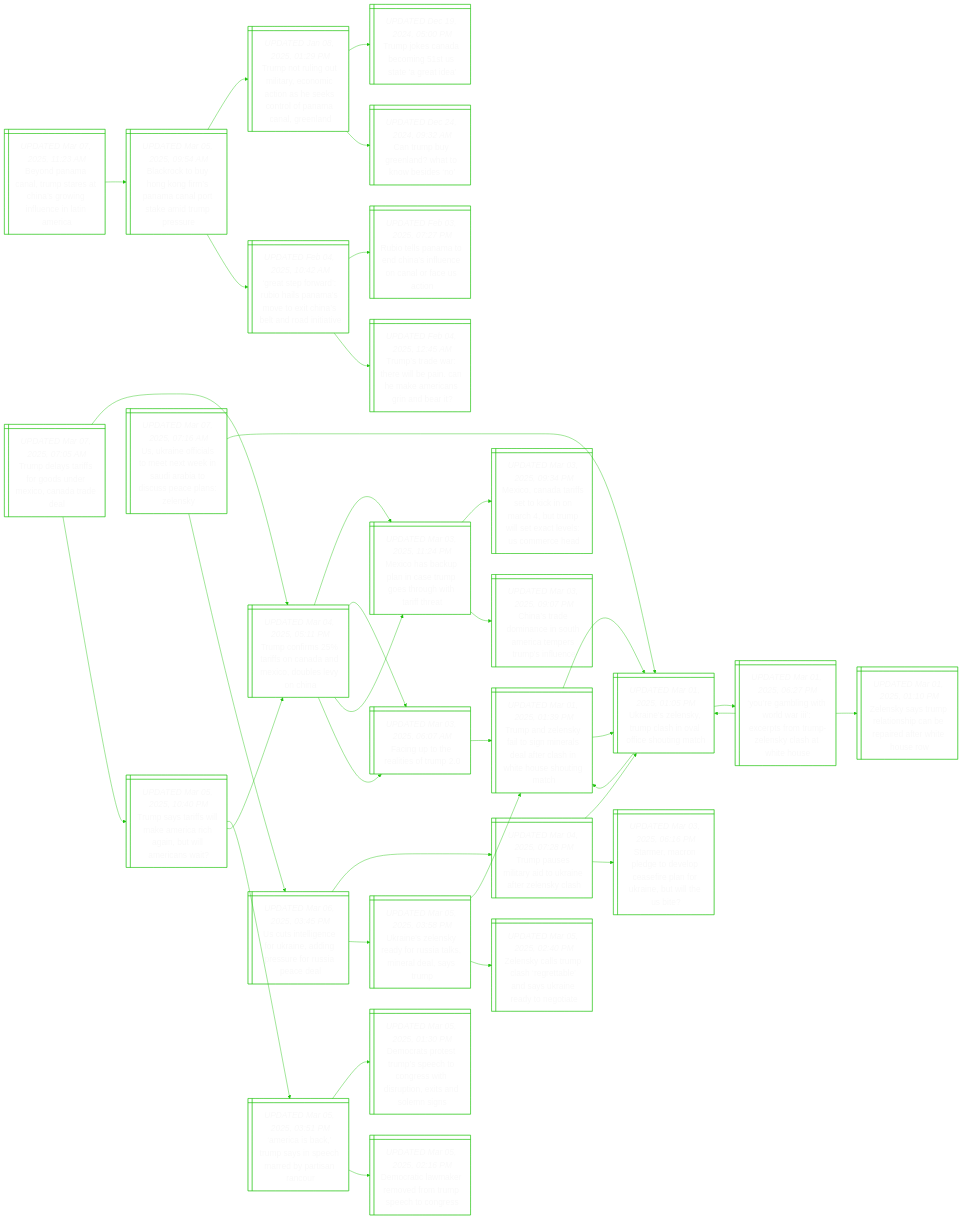
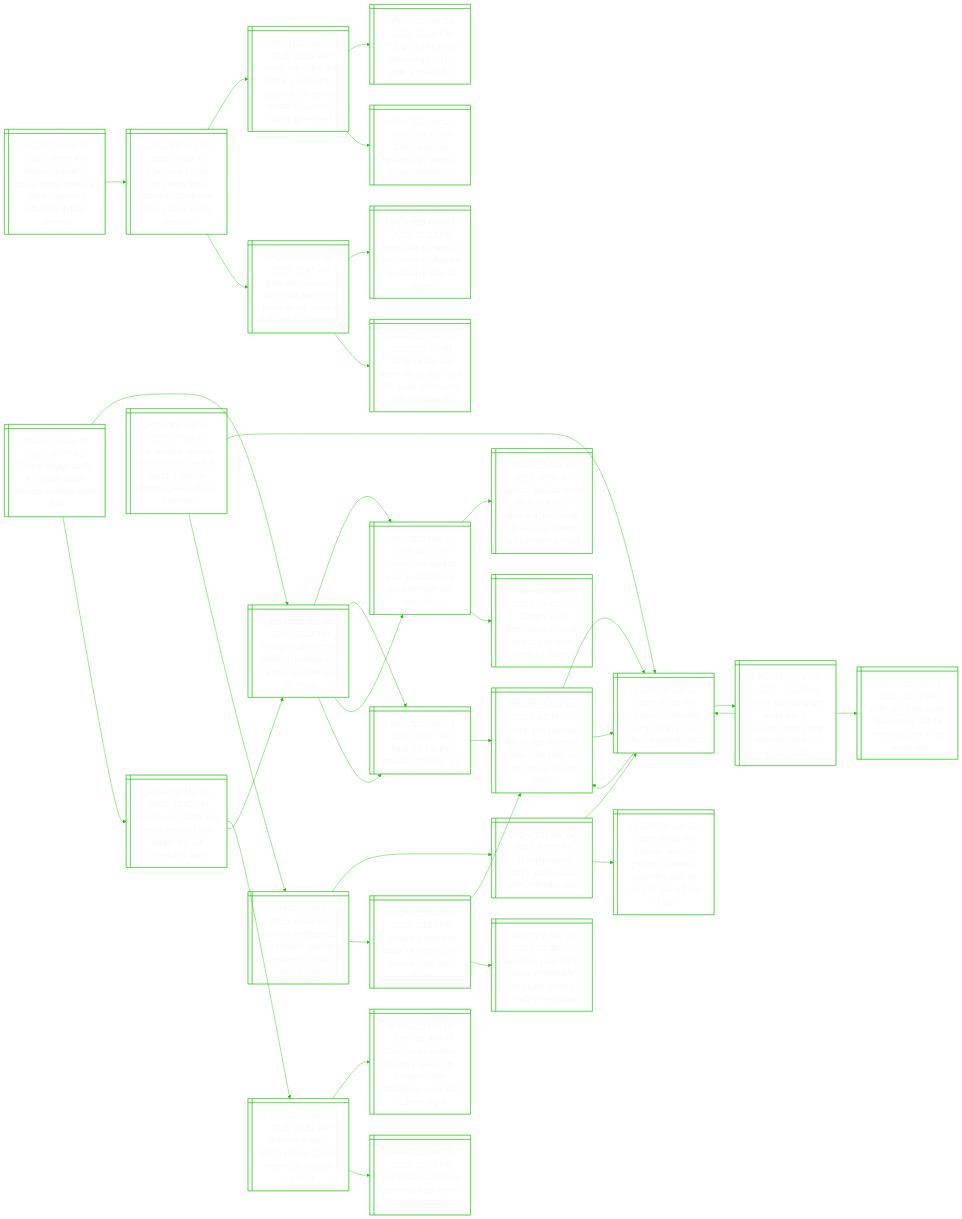
Before and after one commit to notJmes/notJmes: the diagram in README.md, drawn with Mermaid. The commit also changed other lines of this file, not shown here.

```diff
--- a/README.md
+++ b/README.md
@@ -16,7 +16,7 @@
 flowchart LR
 classDef txtsize font-size:20px;
 
-BdmamrCsifcama@{ shape: win-pane, label: "_UPDATED Mar 07, 2025, 11:23 AM_
+BdmamrCsifcama@{ shape: win-pane, label: "_UPDATED Mar 07, 2025, 02:08 PM_
 Beyond panama canal, trump stares at china’s growing influence in latin america" }
 BRoonmanrkdps@{ shape: win-pane, label: "_UPDATED Mar 05, 2025, 09:54 AM_
 Blackrock to buy hong kong firm’s panama canal port stake amid trump pressure" }
@@ -41,7 +41,7 @@
 GsodosmvxiedIa:::txtsize --> RtPadalenfSo:::txtsize
 GsodosmvxiedIa:::txtsize --> Tsehipaaenne:::txtsize
 
-Tdsfrsrcaaa@{ shape: win-pane, label: "_UPDATED Mar 07, 2025, 07:05 AM_
+Tdsfrsrcaaa@{ shape: win-pane, label: "_UPDATED Mar 07, 2025, 07:07 AM_
 Trump delays tariffs for goods under mexico, canada trade deal" }
 TcrroadcbeC@{ shape: win-pane, label: "_UPDATED Mar 04, 2025, 05:11 PM_
 Trump confirms 25% tariffs on canada and mexico, doubles levy on china" }
```
